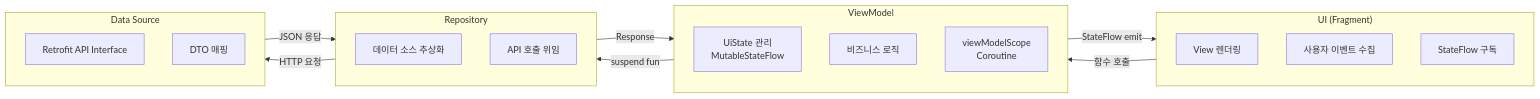
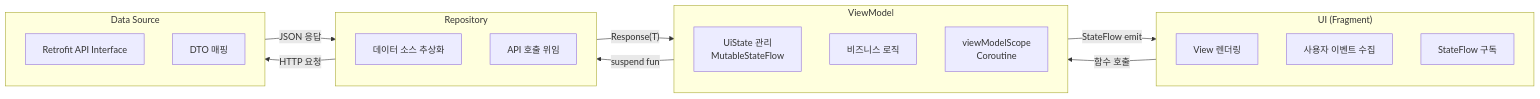
The second of 7 diagrams in public/flows/ChatzarFlow.md (JamongFriend/jamongfriend.github.io), drawn with Mermaid before and after one commit. The commit also changed 4 other files, not shown here.

Commit message:
refactor: mermaid 스크립트 오류 수정

````diff
--- a/public/flows/ChatzarFlow.md
+++ b/public/flows/ChatzarFlow.md
@@ -76,35 +76,35 @@
 ```mermaid
 flowchart LR
     subgraph UI["UI (Fragment)"]
         direction TB
         U1[View 렌더링]
         U2[사용자 이벤트 수집]
         U3[StateFlow 구독]
     end
 
     subgraph VM["ViewModel"]
         direction TB
         V1[UiState 관리\nMutableStateFlow]
         V2[비즈니스 로직]
         V3[viewModelScope\nCoroutine]
     end
 
     subgraph Repo["Repository"]
         direction TB
         RE1[데이터 소스 추상화]
         RE2[API 호출 위임]
     end
 
     subgraph Data["Data Source"]
         direction TB
         D1[Retrofit API Interface]
         D2[DTO 매핑]
     end
 
     UI -- "함수 호출" --> VM
     VM -- "StateFlow emit" --> UI
     VM -- "suspend fun" --> Repo
-    Repo -- "Response<T>" --> VM
+    Repo -- "Response(T)" --> VM
     Repo -- "HTTP 요청" --> Data
     Data -- "JSON 응답" --> Repo
 ```
````
